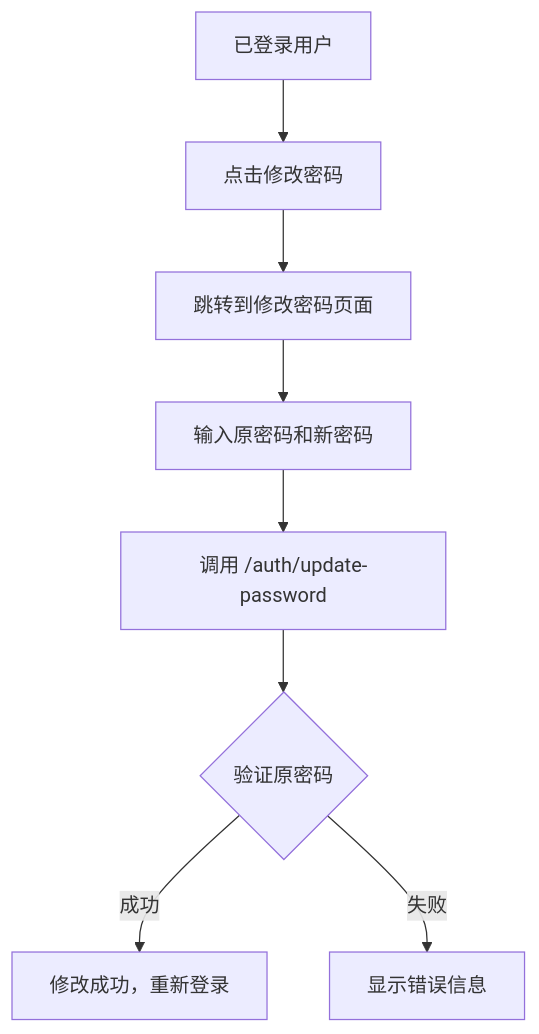
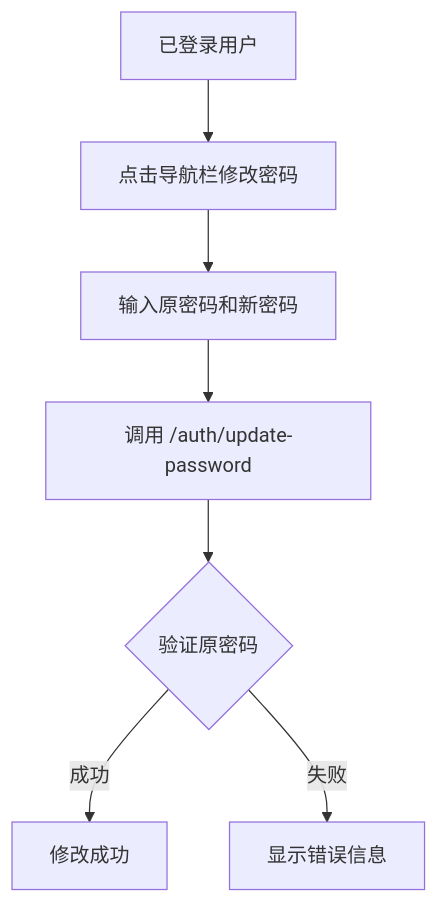
Before and after one commit to moffeet/dswl: the second of 2 diagrams in 密码修改接口设计文档.md, drawn with Mermaid. The commit also changed other lines of this file and 6 other files, not shown here.

````diff
--- a/密码修改接口设计文档.md
+++ b/密码修改接口设计文档.md
@@ -93,10 +64,9 @@
 ```mermaid
 graph TD
-    A[已登录用户] --> B[点击修改密码]
-    B --> C[跳转到修改密码页面]
-    C --> D[输入原密码和新密码]
-    D --> E[调用 /auth/update-password]
-    E --> F{验证原密码}
-    F -->|成功| G[修改成功，重新登录]
-    F -->|失败| H[显示错误信息]
+    A[已登录用户] --> B[点击导航栏修改密码]
+    B --> C[输入原密码和新密码]
+    C --> D[调用 /auth/update-password]
+    D --> E{验证原密码}
+    E -->|成功| F[修改成功]
+    E -->|失败| G[显示错误信息]
 ```
````
